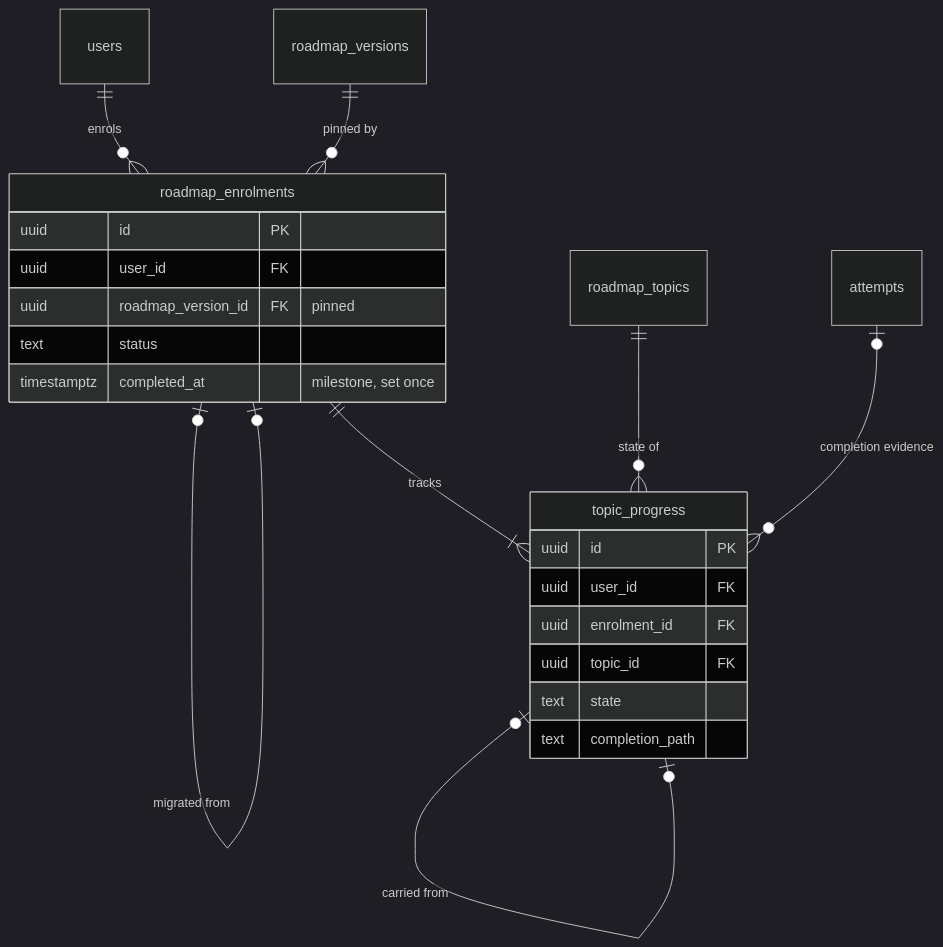
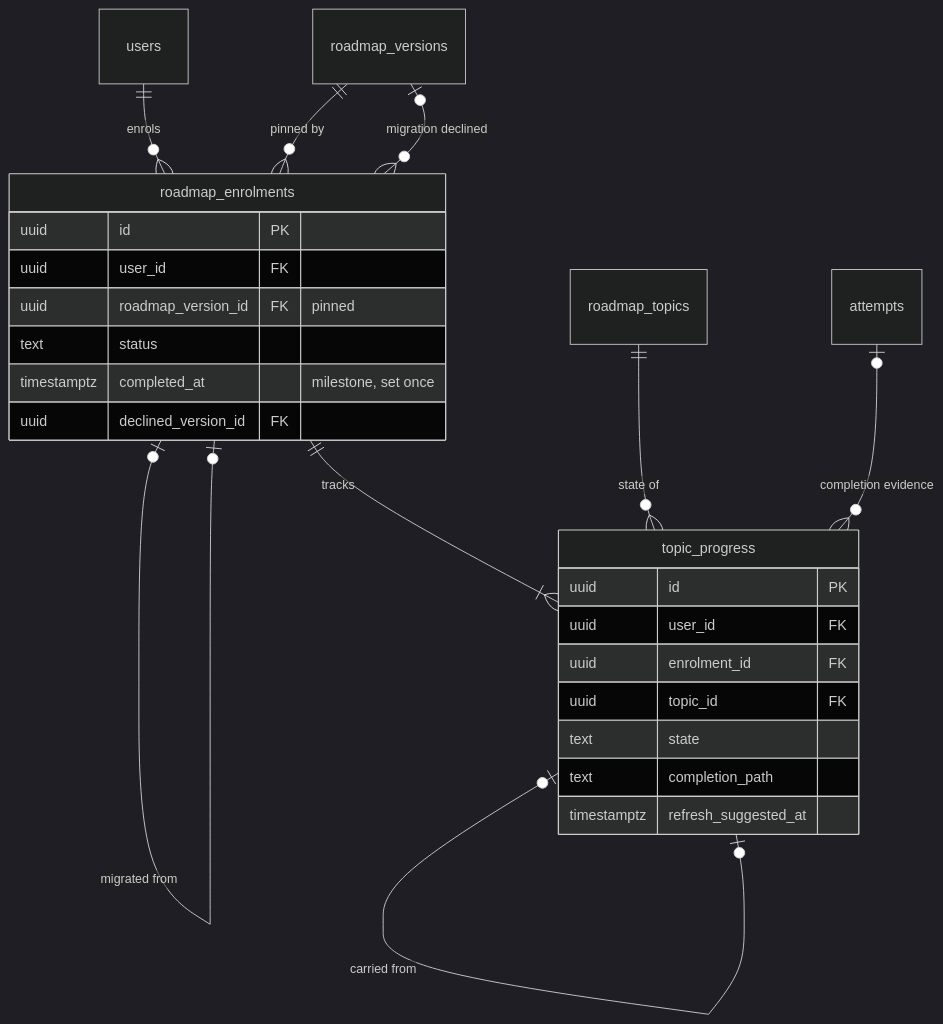
One commit to GhanshyamSoni68/app_idea changed the fourth of 7 diagrams in devstep/docs/04-data-model.md. Above: the diagram before and after it, drawn with Mermaid (dark theme). The commit also changed other lines of this file and 8 other files, not shown here.

````diff
--- a/devstep/docs/04-data-model.md
+++ b/devstep/docs/04-data-model.md
@@ -221,25 +233,28 @@
 ```mermaid
 erDiagram
     users ||--o{ roadmap_enrolments : "enrols"
     roadmap_versions ||--o{ roadmap_enrolments : "pinned by"
     roadmap_enrolments ||--|{ topic_progress : "tracks"
     roadmap_topics ||--o{ topic_progress : "state of"
     roadmap_enrolments |o--o| roadmap_enrolments : "migrated from"
+    roadmap_versions |o--o{ roadmap_enrolments : "migration declined"
     topic_progress |o--o| topic_progress : "carried from"
     attempts |o--o{ topic_progress : "completion evidence"
     roadmap_enrolments {
         uuid id PK
         uuid user_id FK
         uuid roadmap_version_id FK "pinned"
         text status
         timestamptz completed_at "milestone, set once"
+        uuid declined_version_id FK
     }
     topic_progress {
         uuid id PK
         uuid user_id FK
         uuid enrolment_id FK
         uuid topic_id FK
         text state
         text completion_path
+        timestamptz refresh_suggested_at
     }
 ```
````
